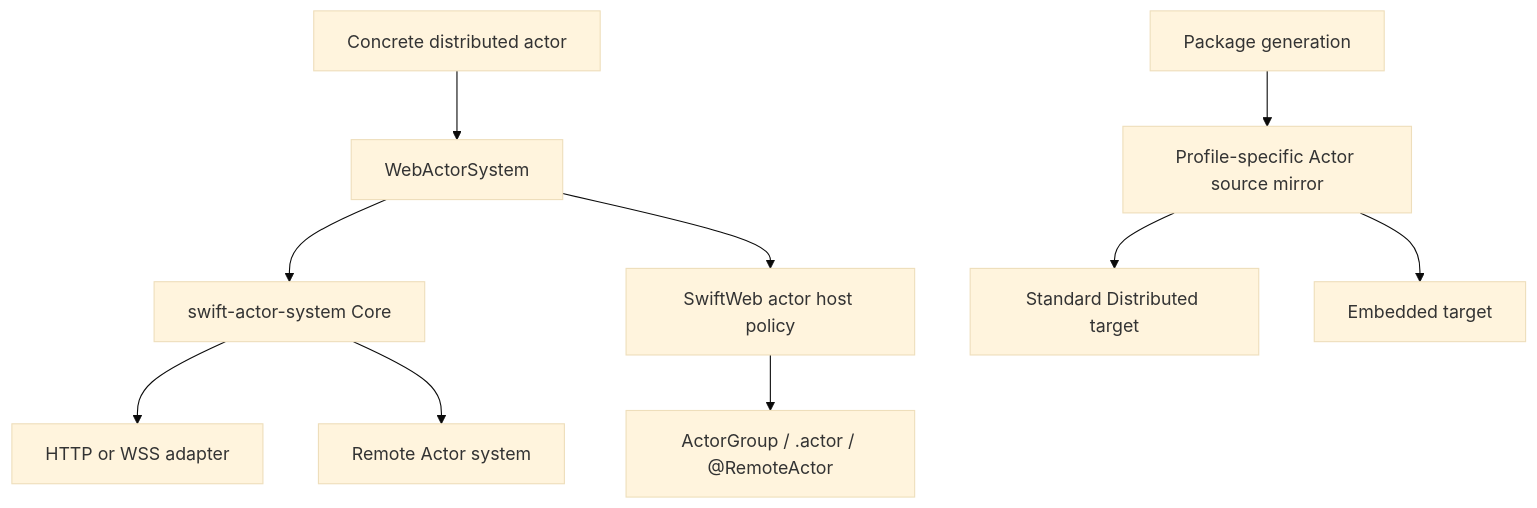
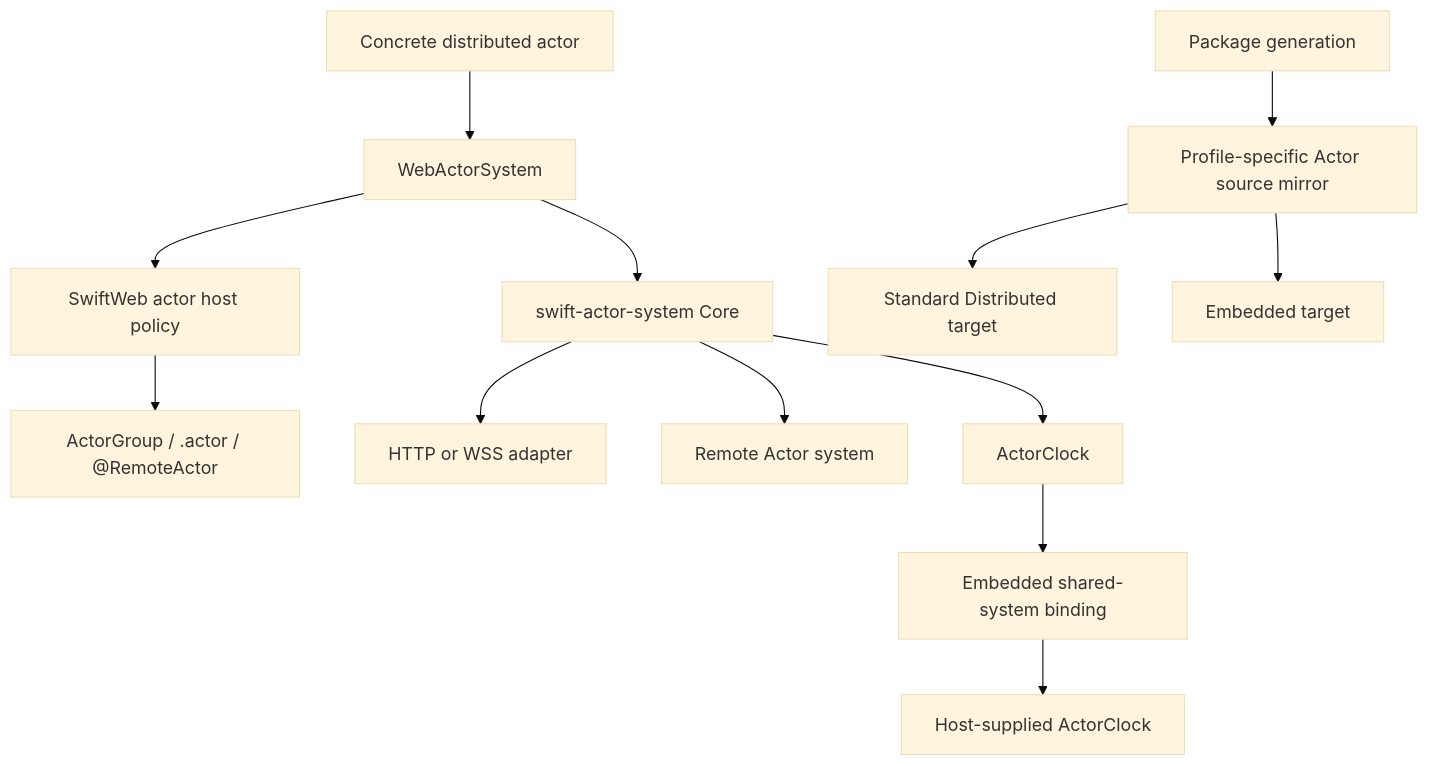
Before and after one commit to 1amageek/swift-web: the diagram in Sources/SwiftWebRuntime/Actors/DESIGN.md, drawn with Mermaid (base theme). The commit also changed other lines of this file and 7 other files, not shown here.

Commit message:
Add Embedded host actor clock binding

````diff
--- a/Sources/SwiftWebRuntime/Actors/DESIGN.md
+++ b/Sources/SwiftWebRuntime/Actors/DESIGN.md
@@ -34,12 +34,15 @@
 ```mermaid
 flowchart TD
   Declaration["Concrete distributed actor"] --> Facade["WebActorSystem"]
   Facade --> Core["swift-actor-system Core"]
   Facade --> Host["SwiftWeb actor host policy"]
   Host --> Scene["ActorGroup / .actor / @RemoteActor"]
   Core --> HTTP["HTTP or WSS adapter"]
   Core --> Peer["Remote Actor system"]
+  Core --> Clock["ActorClock"]
+  Clock --> Binding["Embedded shared-system binding"]
+  Binding --> Platform["Host-supplied ActorClock"]
   Generator["Package generation"] --> Projection["Profile-specific Actor source mirror"]
   Projection --> Standard["Standard Distributed target"]
   Projection --> Embedded["Embedded target"]
 ```
````
